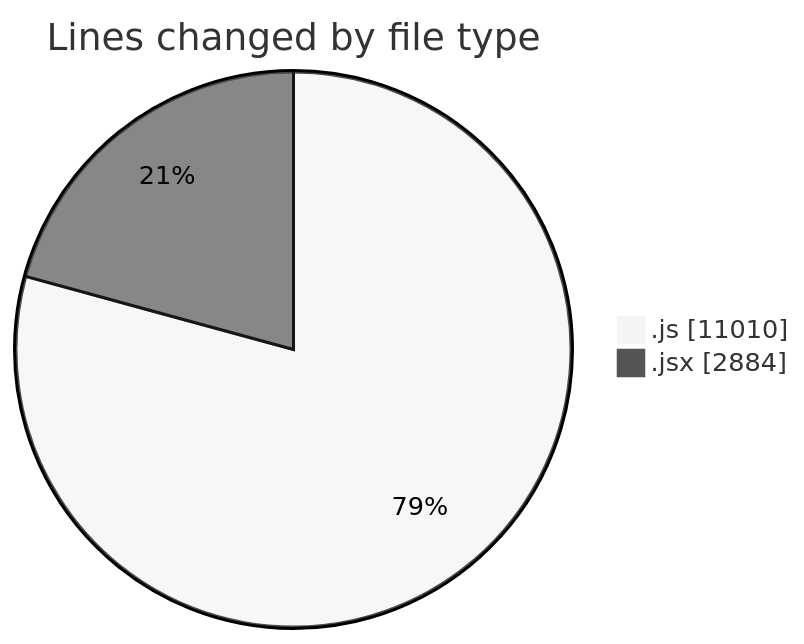
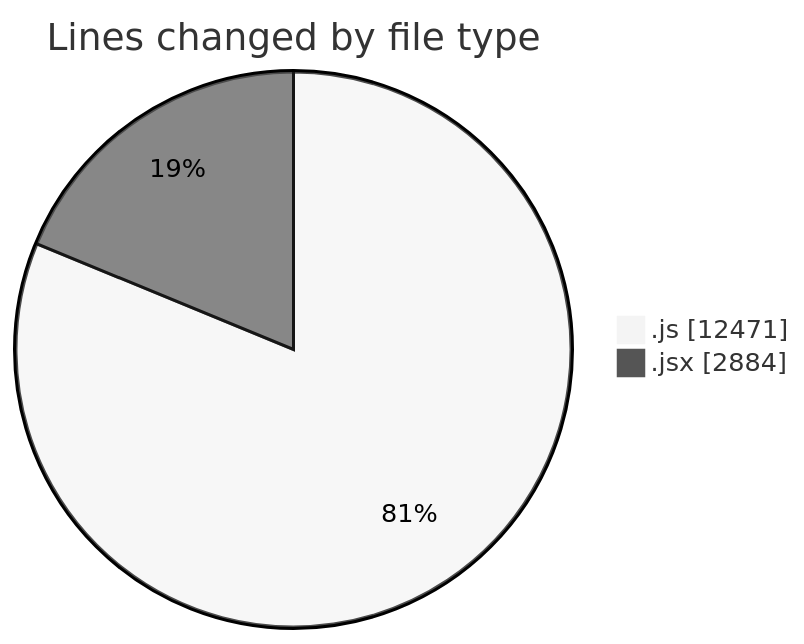
Before and after one commit to nxtqubesakshisongat/code-tracking: the first of 2 diagrams in 2025-09-26/nxtqube_webapp/README.md, drawn with Mermaid (neutral theme). The commit also changed other lines of this file and 1 other file, not shown here.

````diff
--- a/2025-09-26/nxtqube_webapp/README.md
+++ b/2025-09-26/nxtqube_webapp/README.md
@@ -25,6 +26,6 @@
 ```mermaid
 pie showData
 title Lines changed by file type
-".js" : 11010
+".js" : 12471
 ".jsx" : 2884
 ```
````
